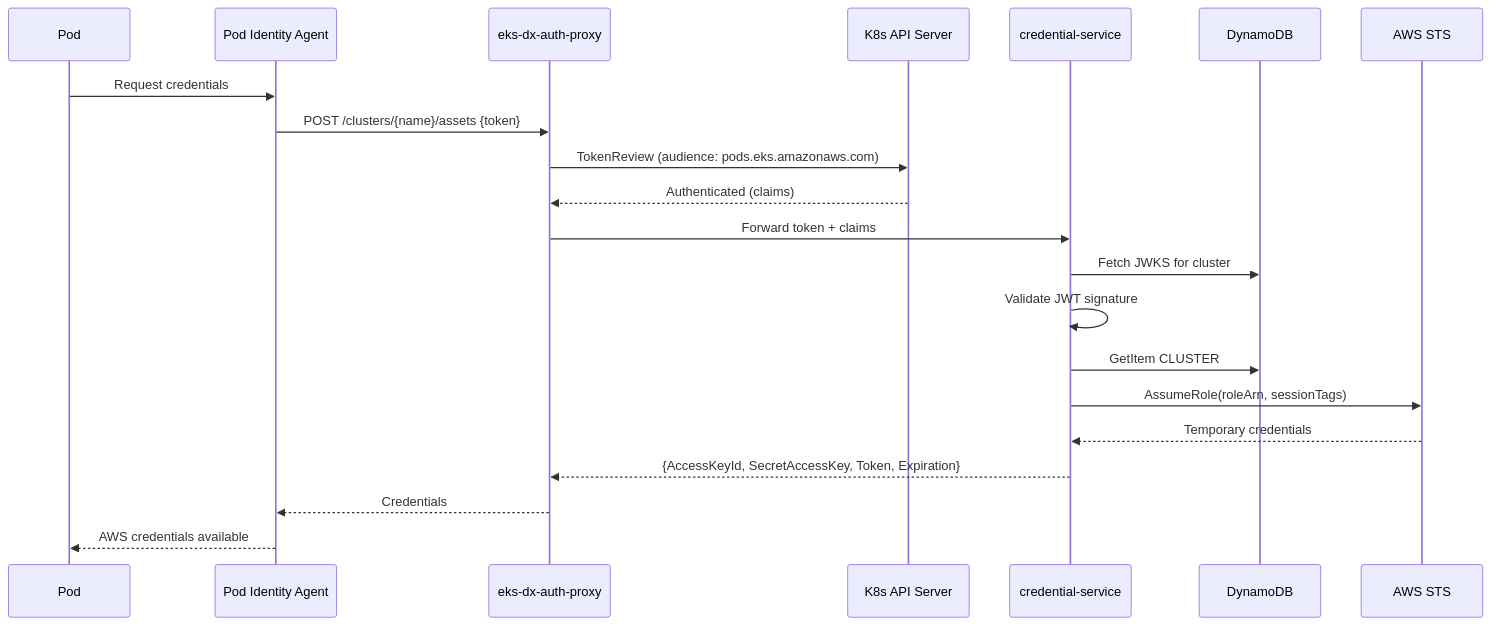
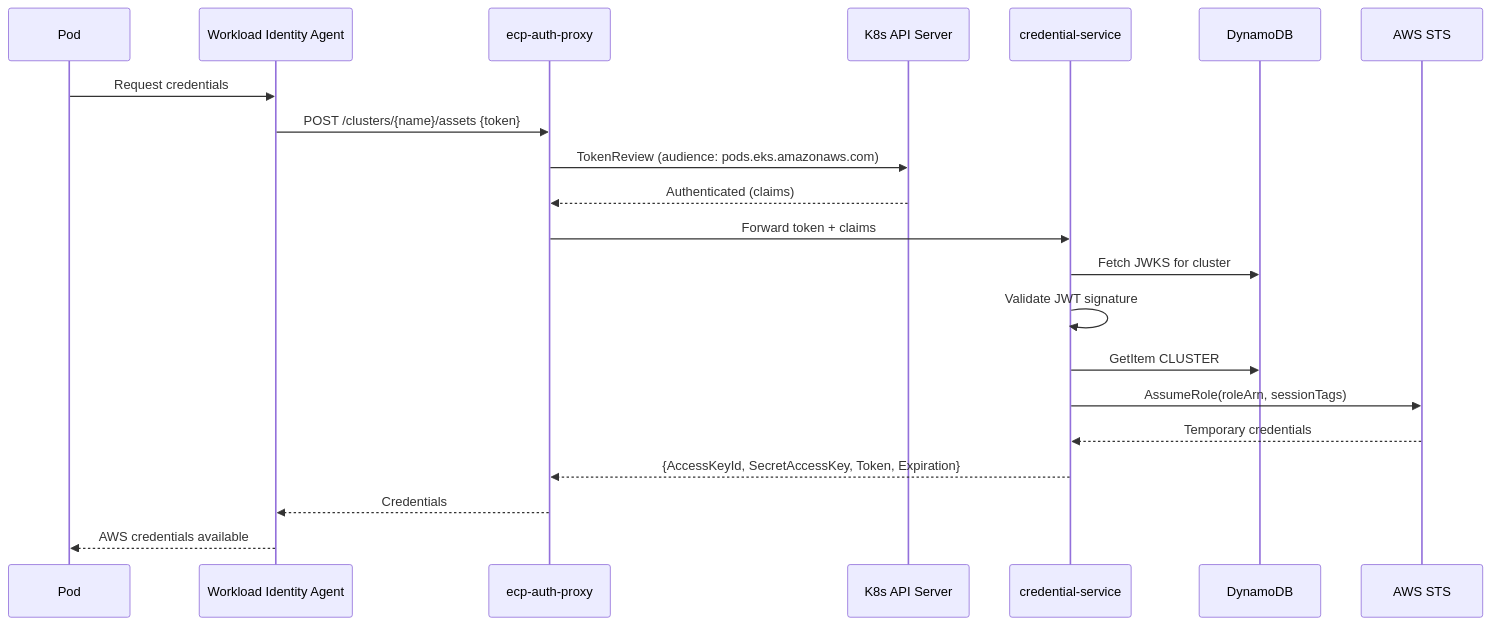
One commit to plasticity-of-cloud/express-compute-control-plane changed the first of 8 diagrams in .agents/summary/workflows.md. Above: the diagram before and after it, drawn with Mermaid. The commit also changed other lines of this file and 60 other files, not shown here.

````diff
--- a/.agents/summary/workflows.md
+++ b/.agents/summary/workflows.md
@@ -5,24 +5,24 @@
 ```mermaid
 sequenceDiagram
     participant Pod
-    participant Agent as Pod Identity Agent
-    participant Proxy as eks-dx-auth-proxy
+    participant Agent as Workload Identity Agent
+    participant Proxy as ecp-auth-proxy
     participant K8s as K8s API Server
     participant Lambda as credential-service
     participant DDB as DynamoDB
     participant STS as AWS STS
 
     Pod->>Agent: Request credentials
     Agent->>Proxy: POST /clusters/{name}/assets {token}
     Proxy->>K8s: TokenReview (audience: pods.eks.amazonaws.com)
     K8s-->>Proxy: Authenticated (claims)
     Proxy->>Lambda: Forward token + claims
     Lambda->>DDB: Fetch JWKS for cluster
     Lambda->>Lambda: Validate JWT signature
     Lambda->>DDB: GetItem CLUSTER#name / ns#sa
     Lambda->>STS: AssumeRole(roleArn, sessionTags)
     STS-->>Lambda: Temporary credentials
     Lambda-->>Proxy: {AccessKeyId, SecretAccessKey, Token, Expiration}
     Proxy-->>Agent: Credentials
     Agent-->>Pod: AWS credentials available
 ```
````
